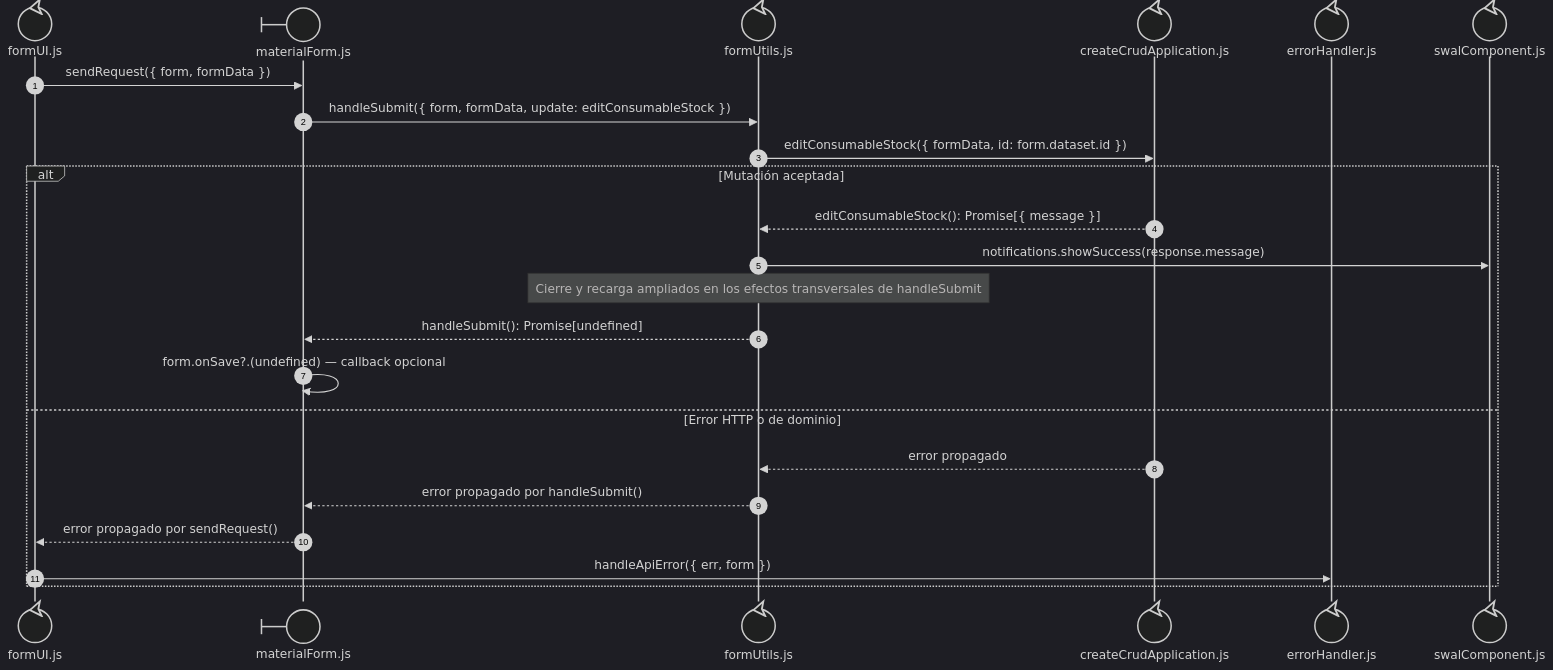
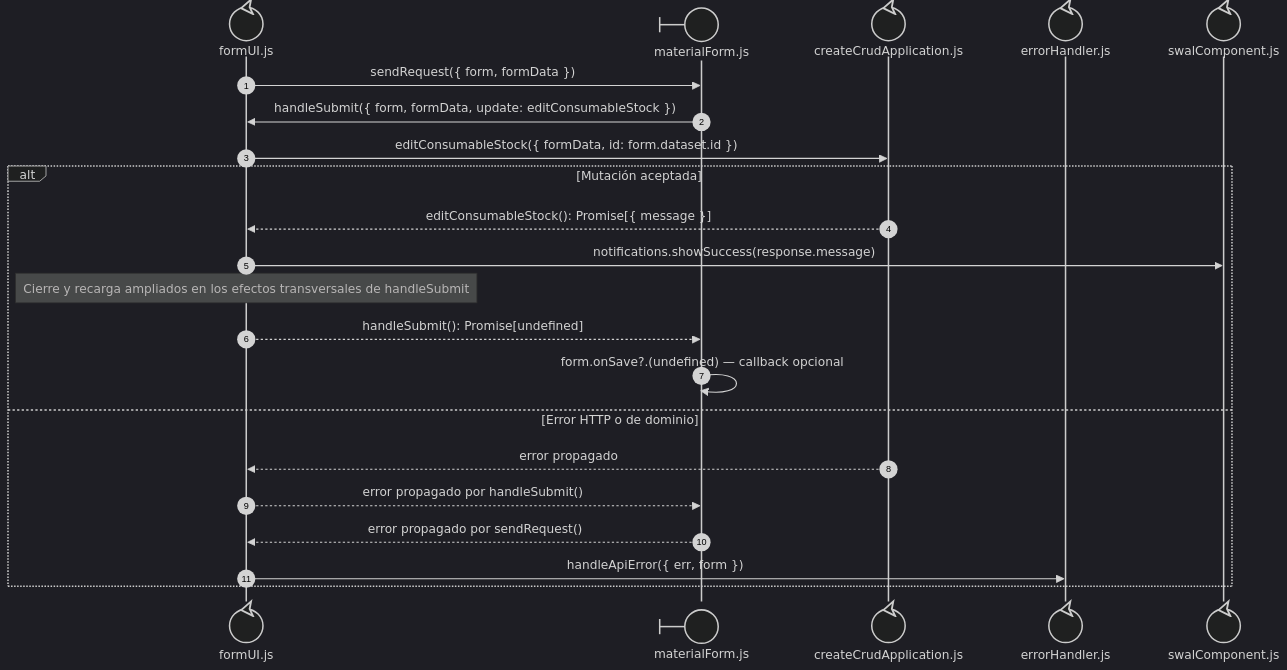
The third of 4 diagrams in docs/architecture/views/processes/frontend-code-sequences/catalogs/cu-alm-21.md (gpgsistemas01/nexus), drawn with Mermaid (dark theme) before and after one commit. The commit also changed other lines of this file and 200 other files, not shown here.

````diff
--- a/docs/architecture/views/processes/frontend-code-sequences/catalogs/cu-alm-21.md
+++ b/docs/architecture/views/processes/frontend-code-sequences/catalogs/cu-alm-21.md
@@ -148,27 +148,26 @@
 ```mermaid
 sequenceDiagram
     autonumber
     participant FormCore@{ "type": "control" } as formUI.js
     participant Form@{ "type": "boundary" } as materialForm.js
-    participant FormUtils@{ "type": "control" } as formUtils.js
     participant Factory@{ "type": "control" } as createCrudApplication.js
     participant FileErrorHandler@{ "type": "control" } as errorHandler.js
 
     participant FileSwalComponent@{ "type": "control" } as swalComponent.js
 
     FormCore->>Form: sendRequest({ form, formData })
-    Form->>FormUtils: handleSubmit({ form, formData, update: editConsumableStock })
-    FormUtils->>Factory: editConsumableStock({ formData, id: form.dataset.id })
+    Form->>FormCore: handleSubmit({ form, formData, update: editConsumableStock })
+    FormCore->>Factory: editConsumableStock({ formData, id: form.dataset.id })
     alt Mutación aceptada
-        Factory-->>FormUtils: editConsumableStock(): Promise[{ message }]
-        FormUtils->>FileSwalComponent: notifications.showSuccess(response.message)
-        Note over FormUtils: Cierre y recarga ampliados en los efectos transversales de handleSubmit
-        FormUtils-->>Form: handleSubmit(): Promise[undefined]
+        Factory-->>FormCore: editConsumableStock(): Promise[{ message }]
+        FormCore->>FileSwalComponent: notifications.showSuccess(response.message)
+        Note over FormCore: Cierre y recarga ampliados en los efectos transversales de handleSubmit
+        FormCore-->>Form: handleSubmit(): Promise[undefined]
         Form->>Form: form.onSave?.(undefined) — callback opcional
     else Error HTTP o de dominio
-        Factory-->>FormUtils: error propagado
-        FormUtils-->>Form: error propagado por handleSubmit()
+        Factory-->>FormCore: error propagado
+        FormCore-->>Form: error propagado por handleSubmit()
         Form-->>FormCore: error propagado por sendRequest()
         FormCore->>FileErrorHandler: handleApiError({ err, form })
     end
 ```
````
